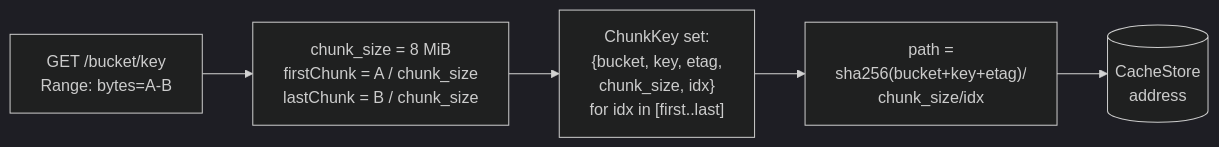
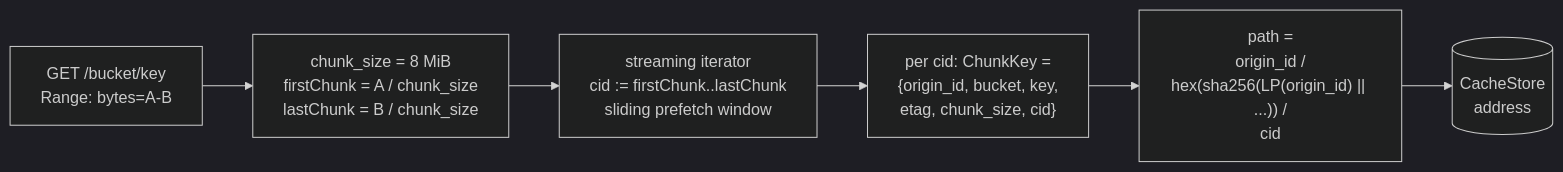
Before and after one commit to Azure/unbounded: the second of 11 diagrams in designdocs/origincache/design.md, drawn with Mermaid (dark theme). The commit also changed other lines of this file, not shown here.

````diff
--- a/designdocs/origincache/design.md
+++ b/designdocs/origincache/design.md
@@ -122,7 +166,8 @@
 ```mermaid
 flowchart LR
     Req["GET /bucket/key<br/>Range: bytes=A-B"] --> Math["chunk_size = 8 MiB<br/>firstChunk = A / chunk_size<br/>lastChunk  = B / chunk_size"]
-    Math --> Keys["ChunkKey set:<br/>{bucket, key, etag,<br/>chunk_size, idx}<br/>for idx in [first..last]"]
-    Keys --> Path["path =<br/>sha256(bucket+key+etag)/<br/>chunk_size/idx"]
+    Math --> Iter["streaming iterator<br/>cid := firstChunk..lastChunk<br/>sliding prefetch window"]
+    Iter --> Keys["per cid: ChunkKey =<br/>{origin_id, bucket, key,<br/>etag, chunk_size, cid}"]
+    Keys --> Path["path =<br/>origin_id /<br/>hex(sha256(LP(origin_id) || ...)) /<br/>cid"]
     Path --> CS[("CacheStore<br/>address")]
 ```
````
